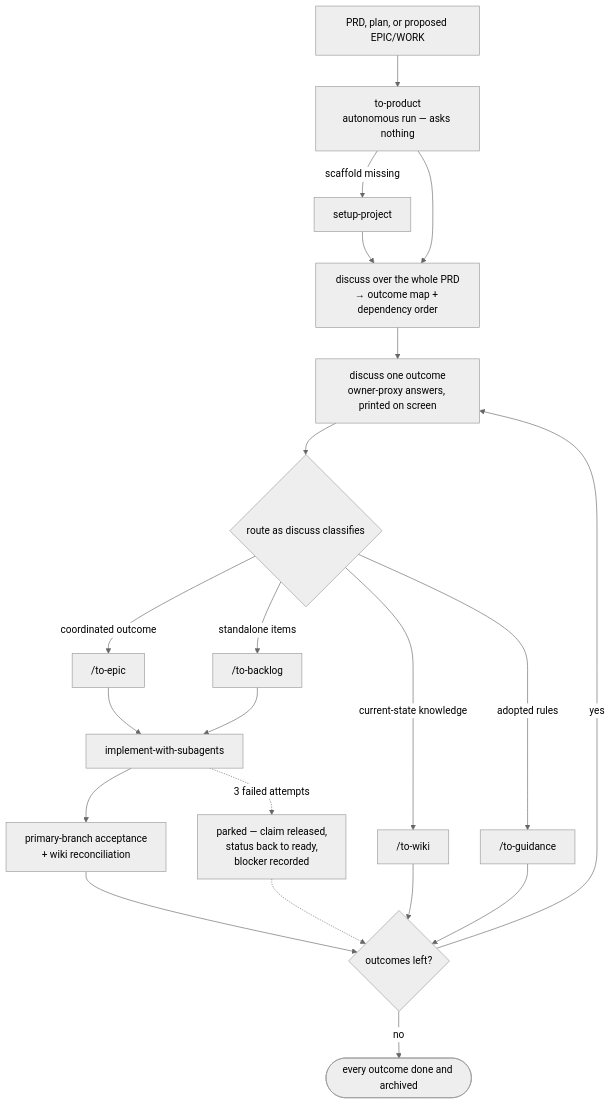
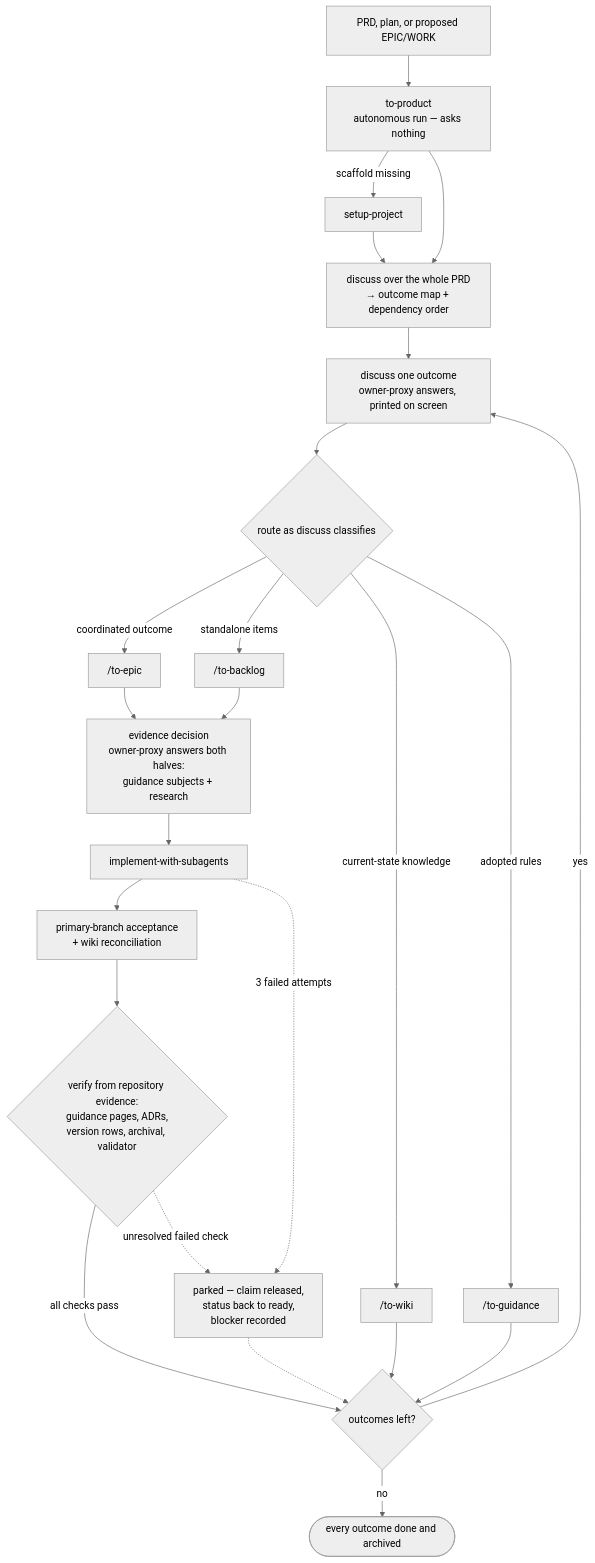
One commit to beeltec/skills changed the fifth of 5 diagrams in README.md. Above: the diagram before and after it, drawn with Mermaid (neutral theme). The commit also changed other lines of this file, not shown here.

First line of the commit message:
docs(readme): reflect the evidence-decision and verify-gate changes

````diff
--- a/README.md
+++ b/README.md
@@ -100,23 +103,26 @@
 ```mermaid
 flowchart TD
     PRD["PRD, plan, or proposed EPIC/WORK"] --> TP["to-product<br/>autonomous run — asks nothing"]
     TP -->|scaffold missing| SP["setup-project"]
     SP --> MAP
     TP --> MAP["discuss over the whole PRD<br/>→ outcome map + dependency order"]
     MAP --> D["discuss one outcome<br/>owner-proxy answers, printed on screen"]
     D --> RT{"route as discuss classifies"}
     RT -->|coordinated outcome| TE["/to-epic"]
     RT -->|standalone items| TB["/to-backlog"]
     RT -->|current-state knowledge| TW["/to-wiki"]
     RT -->|adopted rules| TG["/to-guidance"]
-    TE --> IWS["implement-with-subagents"]
-    TB --> IWS
+    TE --> ED["evidence decision<br/>owner-proxy answers both halves:<br/>guidance subjects + research"]
+    TB --> ED
+    ED --> IWS["implement-with-subagents"]
     IWS --> ACC["primary-branch acceptance<br/>+ wiki reconciliation"]
-    ACC --> NEXT{"outcomes left?"}
+    ACC --> VER{"verify from repository evidence:<br/>guidance pages, ADRs,<br/>version rows, archival, validator"}
+    VER -->|all checks pass| NEXT{"outcomes left?"}
     TW --> NEXT
     TG --> NEXT
     NEXT -->|yes| D
     NEXT -->|no| DONE(["every outcome done and archived"])
     IWS -.->|3 failed attempts| PARK["parked — claim released,<br/>status back to ready,<br/>blocker recorded"]
+    VER -.->|unresolved failed check| PARK
     PARK -.-> NEXT
 ```
````
